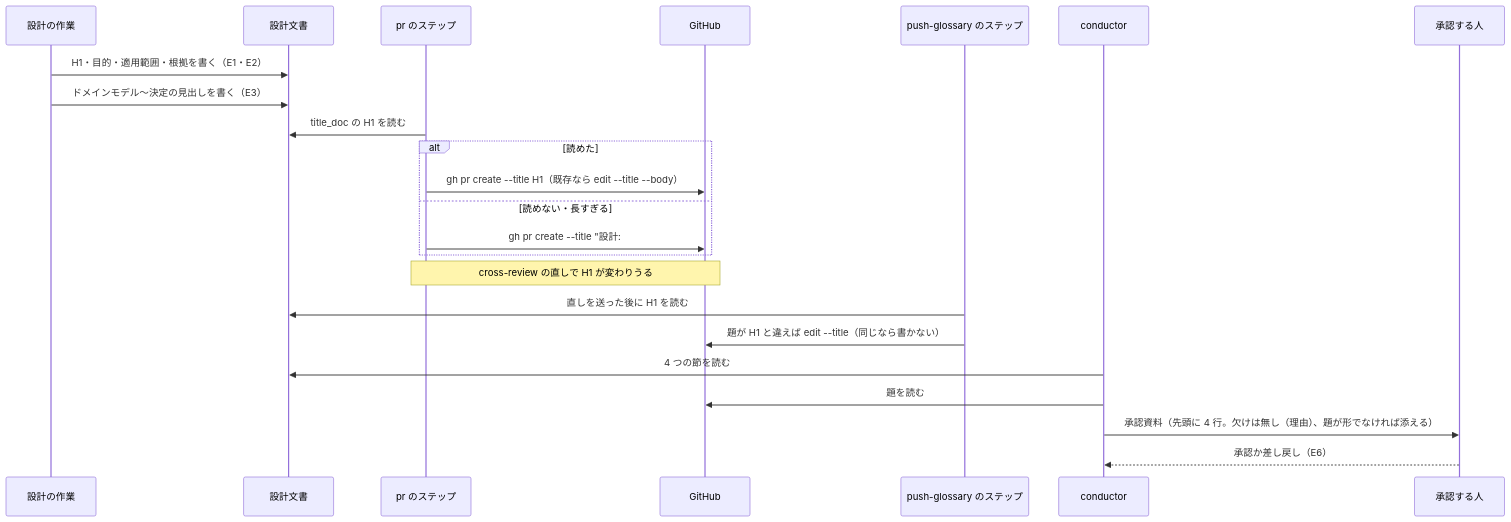
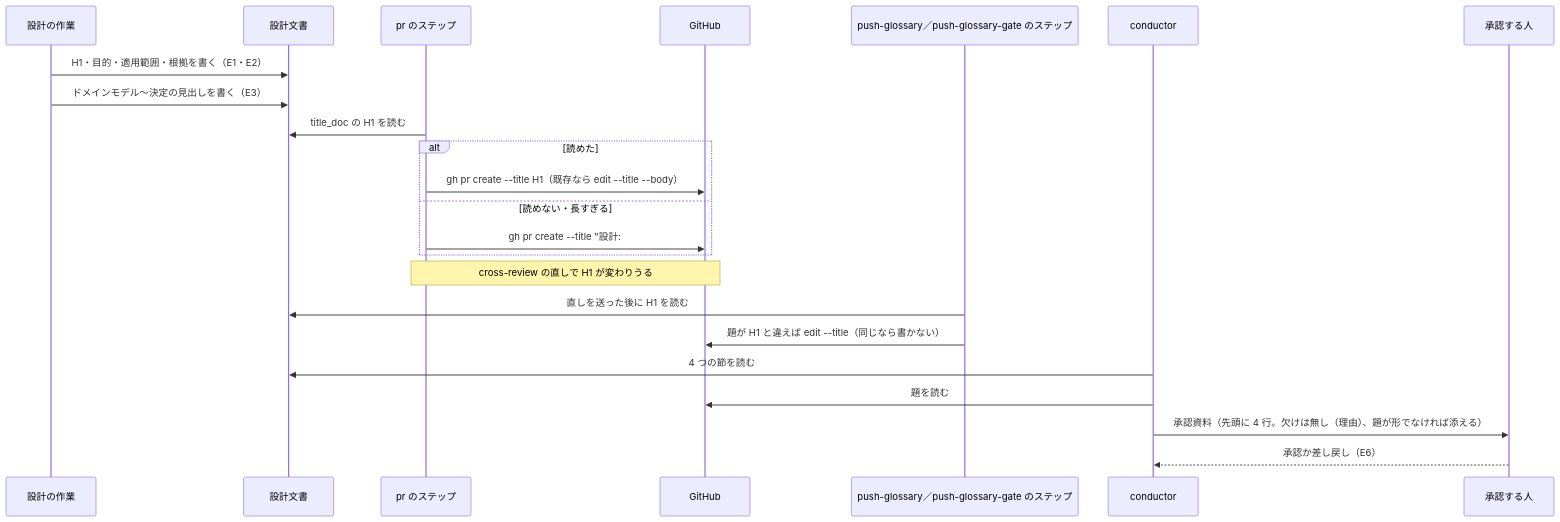
One commit to devbasex/ai-plugins changed the second of 2 diagrams in issues/issue-1289-design.md. Above: the diagram before and after it, drawn with Mermaid. The commit also changed other lines of this file, not shown here.

First line of the commit message:
fix(design): #1289 の題の合わせ直しを push-glossary-gate にも広げる

````diff
--- a/issues/issue-1289-design.md
+++ b/issues/issue-1289-design.md
@@ -196,25 +196,25 @@
 ```mermaid
 sequenceDiagram
   participant Dz as 設計の作業
   participant Doc as 設計文書
   participant Pr as pr のステップ
   participant GH as GitHub
-  participant Pg as push-glossary のステップ
+  participant Pg as push-glossary／push-glossary-gate のステップ
   participant C as conductor
   participant H as 承認する人
   Dz->>Doc: H1・目的・適用範囲・根拠を書く（E1・E2）
   Dz->>Doc: ドメインモデル〜決定の見出しを書く（E3）
   Pr->>Doc: title_doc の H1 を読む
   alt 読めた
     Pr->>GH: gh pr create --title H1（既存なら edit --title --body）
   else 読めない・長すぎる
     Pr->>GH: gh pr create --title "設計: #番号"（既存なら edit --body だけ）
   end
   Note over Pr,GH: cross-review の直しで H1 が変わりうる
   Pg->>Doc: 直しを送った後に H1 を読む
   Pg->>GH: 題が H1 と違えば edit --title（同じなら書かない）
   C->>Doc: 4 つの節を読む
   C->>GH: 題を読む
   C->>H: 承認資料（先頭に 4 行。欠けは無し（理由）、題が形でなければ添える）
   H-->>C: 承認か差し戻し（E6）
 ```
````
